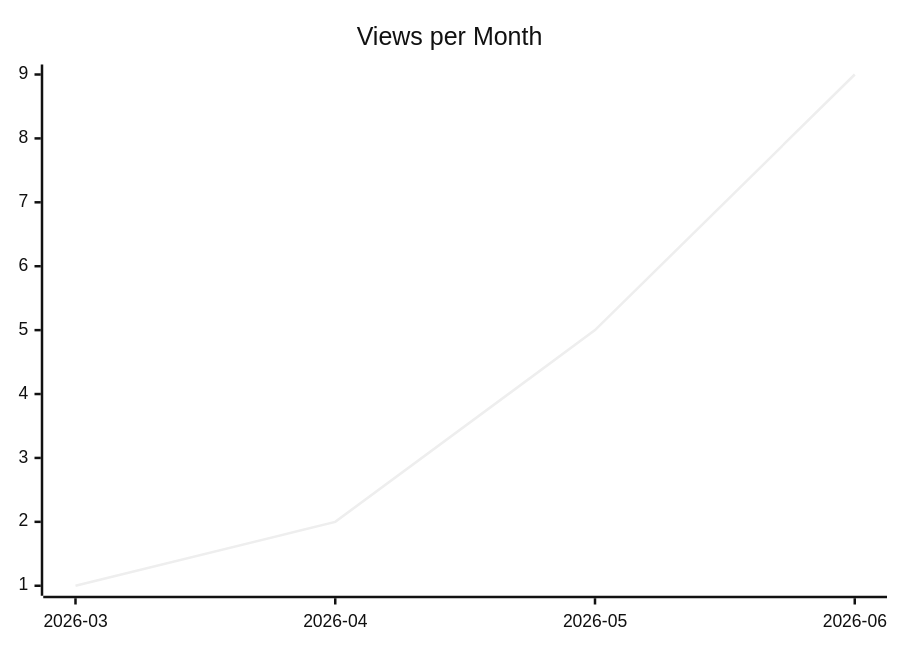
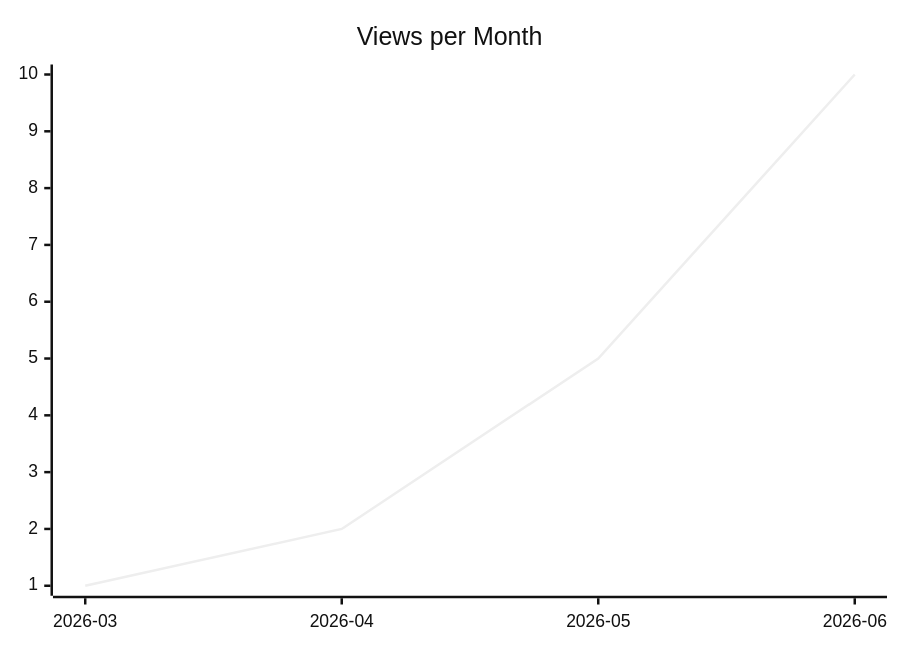
The second of 3 diagrams in karlmdavis/justdavis-ansible/README.md (justdavis-family/github-analytics-data), drawn with Mermaid (neutral theme) before and after one commit. The commit also changed other lines of this file and 198 other files, not shown here.

````diff
--- a/karlmdavis/justdavis-ansible/README.md
+++ b/karlmdavis/justdavis-ansible/README.md
@@ -12,6 +12,6 @@
 ```mermaid
 xychart-beta
   title "Views per Month"
   x-axis ["2026-03", "2026-04", "2026-05", "2026-06"]
-  line [1, 2, 5, 9]
+  line [1, 2, 5, 10]
 ```
````
